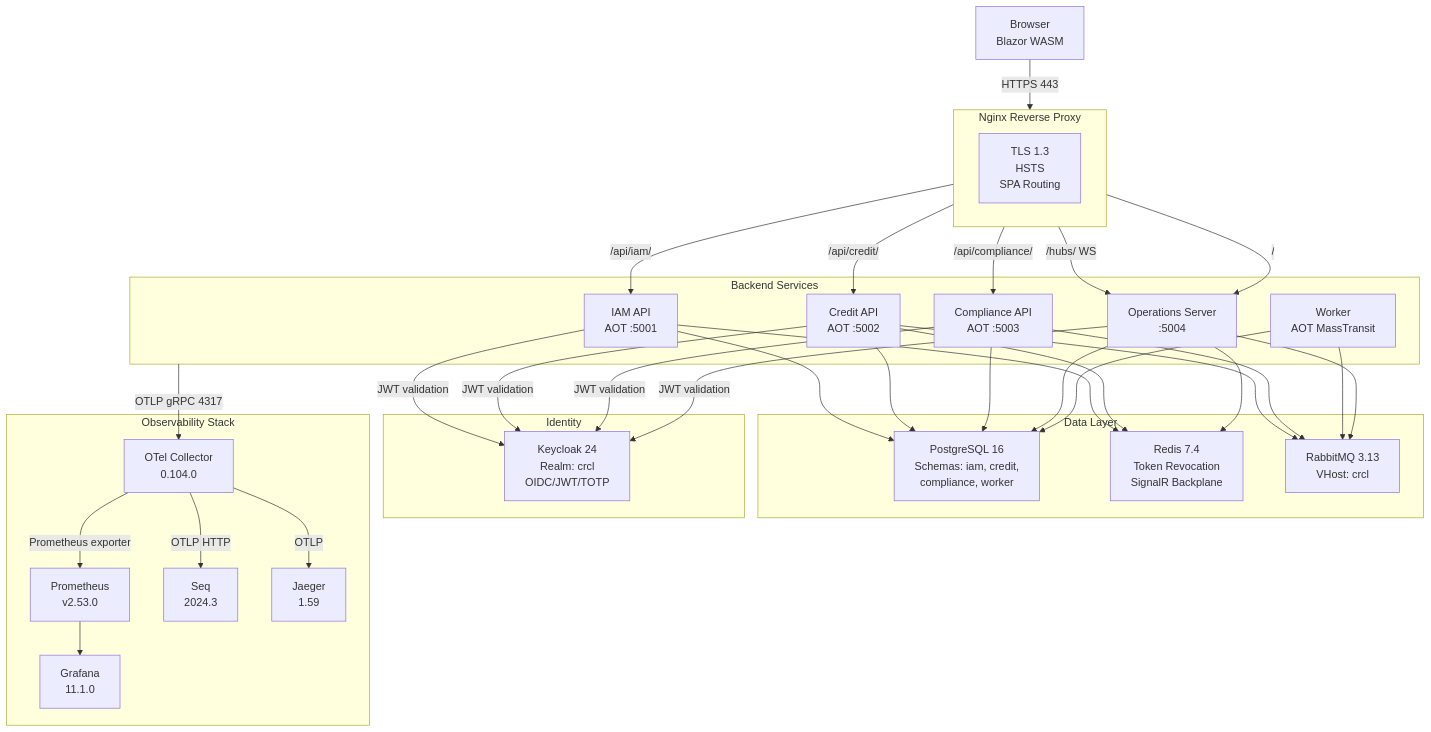
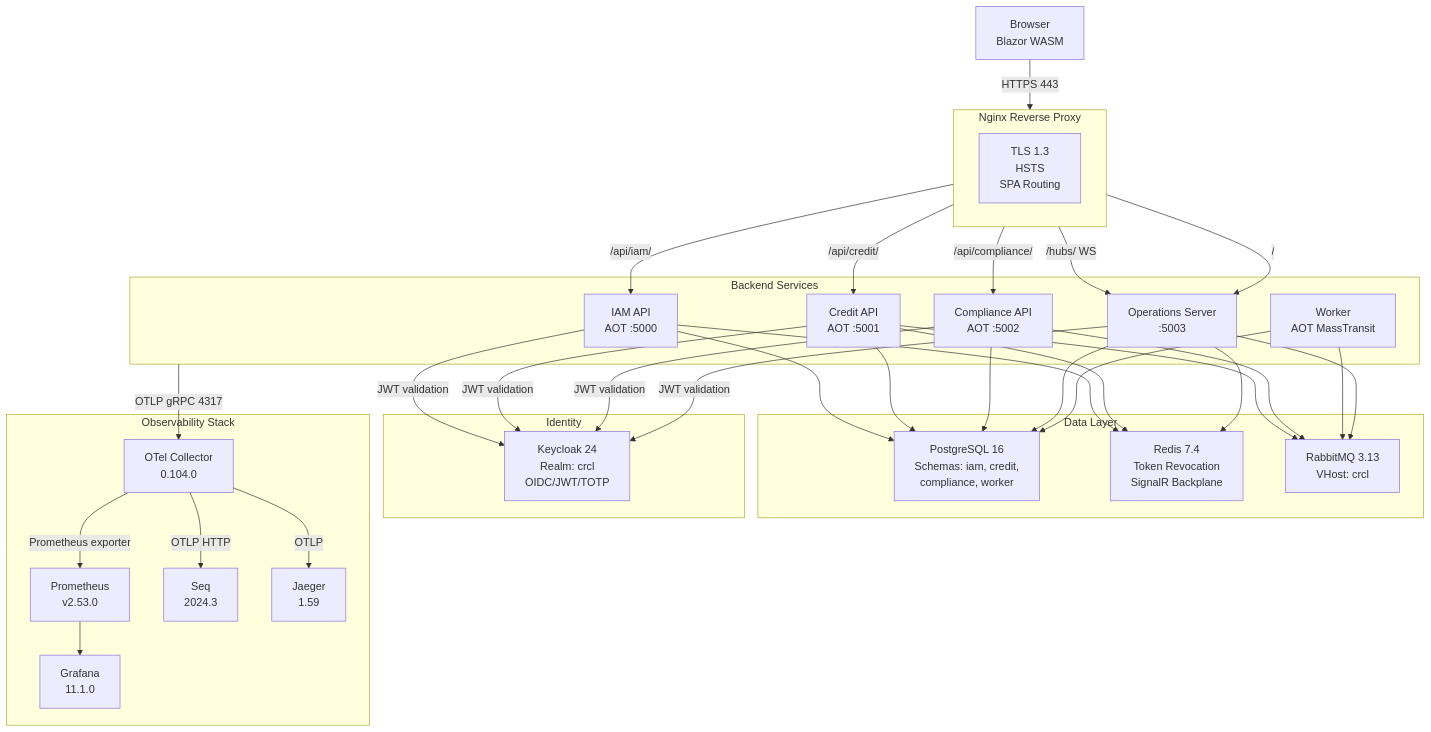
One commit to Eduardopsy/credit-risk-compliance-mdrn-03 changed the diagram in docs/specs/SPEC-07-devops-infrastructure.md. Above: the diagram before and after it, drawn with Mermaid. The commit also changed other lines of this file and 990 other files, not shown here.

````diff
--- a/docs/specs/SPEC-07-devops-infrastructure.md
+++ b/docs/specs/SPEC-07-devops-infrastructure.md
@@ -1841,52 +1844,52 @@
 ```mermaid
 graph TB
     Browser["Browser\nBlazor WASM"] -->|HTTPS 443| Nginx
 
     subgraph Nginx["Nginx Reverse Proxy"]
         direction LR
         NginxProxy["TLS 1.3\nHSTS\nSPA Routing"]
     end
 
-    Nginx -->|/api/iam/| IAM["IAM API\nAOT :5001"]
-    Nginx -->|/api/credit/| Credit["Credit API\nAOT :5002"]
-    Nginx -->|/api/compliance/| Compliance["Compliance API\nAOT :5003"]
-    Nginx -->|/hubs/ WS| Ops["Operations Server\n:5004"]
+    Nginx -->|/api/iam/| IAM["IAM API\nAOT :5000"]
+    Nginx -->|/api/credit/| Credit["Credit API\nAOT :5001"]
+    Nginx -->|/api/compliance/| Compliance["Compliance API\nAOT :5002"]
+    Nginx -->|/hubs/ WS| Ops["Operations Server\n:5003"]
     Nginx -->|/| Ops
 
     subgraph Backend["Backend Services"]
         IAM
         Credit
         Compliance
         Ops
         Worker["Worker\nAOT MassTransit"]
     end
 
     subgraph Data["Data Layer"]
         PG["PostgreSQL 16\nSchemas: iam, credit,\ncompliance, worker"]
         Redis["Redis 7.4\nToken Revocation\nSignalR Backplane"]
         RMQ["RabbitMQ 3.13\nVHost: crcl"]
     end
 
     subgraph Auth["Identity"]
         KC["Keycloak 24\nRealm: crcl\nOIDC/JWT/TOTP"]
     end
 
     subgraph Observability["Observability Stack"]
         OTel["OTel Collector\n0.104.0"]
         Prom["Prometheus\nv2.53.0"]
         Grafana["Grafana\n11.1.0"]
         Seq["Seq\n2024.3"]
         Jaeger["Jaeger\n1.59"]
     end
 
     Backend -->|OTLP gRPC 4317| OTel
     OTel -->|Prometheus exporter| Prom
     OTel -->|OTLP| Jaeger
     OTel -->|OTLP HTTP| Seq
     Prom --> Grafana
 
     IAM & Credit & Compliance & Ops & Worker --> PG
     IAM & Credit & Ops --> Redis
     Credit & Compliance & Worker & Ops --> RMQ
     IAM & Credit & Compliance & Ops -->|JWT validation| KC
 ```
````
